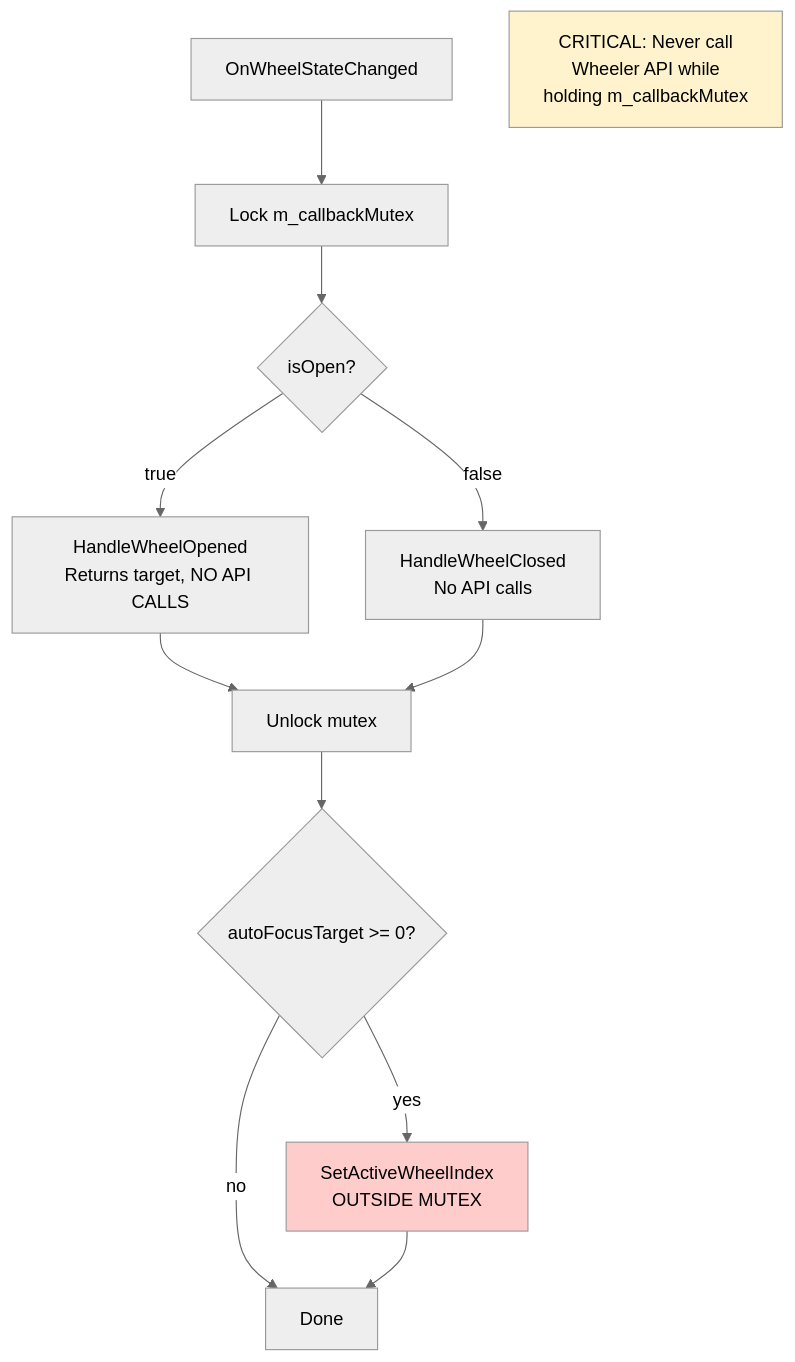
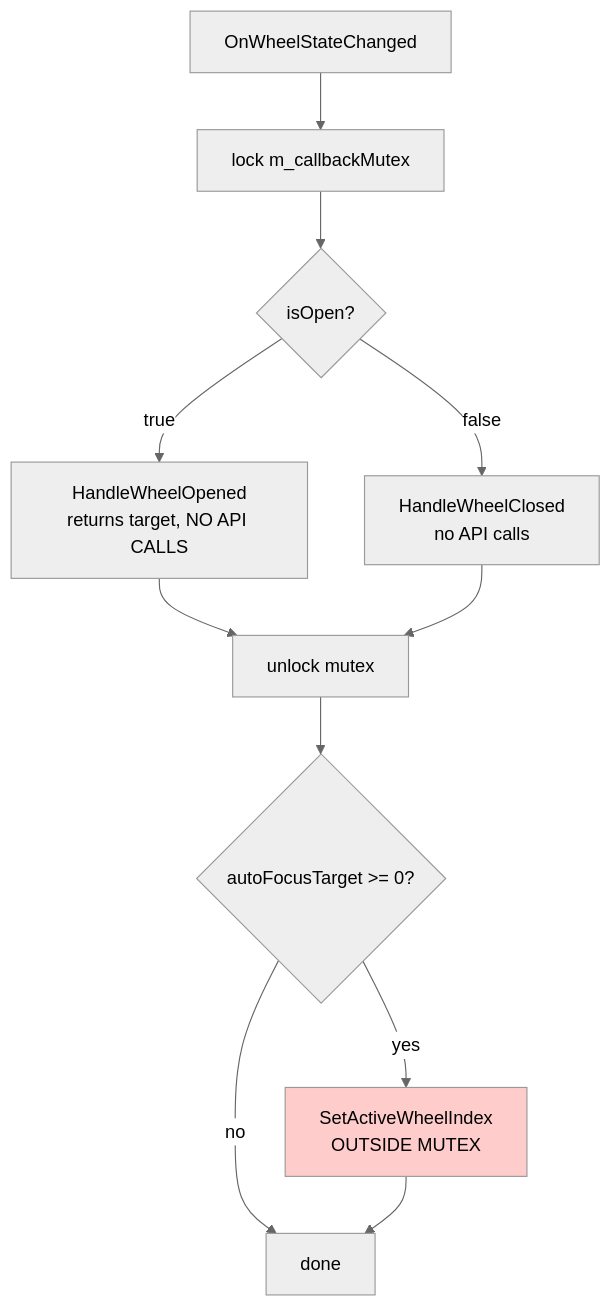
One commit to LandingCrew/huginn changed the seventh of 10 diagrams in docs/architecture/6-ui-ux.md. Above: the diagram before and after it, drawn with Mermaid (neutral theme). The commit also changed other lines of this file and 27 other files, not shown here.

````diff
--- a/docs/architecture/6-ui-ux.md
+++ b/docs/architecture/6-ui-ux.md
@@ -370,22 +765,19 @@
 ```mermaid
 graph TB
     Callback[OnWheelStateChanged]
-    Callback --> Lock[Lock m_callbackMutex]
+    Callback --> Lock[lock m_callbackMutex]
     Lock --> Handle{isOpen?}
 
-    Handle -->|true| Opened[HandleWheelOpened<br/>Returns target, NO API CALLS]
-    Handle -->|false| Closed[HandleWheelClosed<br/>No API calls]
+    Handle -->|true| Opened[HandleWheelOpened<br/>returns target, NO API CALLS]
+    Handle -->|false| Closed[HandleWheelClosed<br/>no API calls]
 
-    Opened --> Unlock[Unlock mutex]
+    Opened --> Unlock[unlock mutex]
     Closed --> Unlock
 
     Unlock --> CheckTarget{autoFocusTarget >= 0?}
     CheckTarget -->|yes| CallAPI[SetActiveWheelIndex<br/>OUTSIDE MUTEX]
-    CheckTarget -->|no| Done[Done]
+    CheckTarget -->|no| Done[done]
     CallAPI --> Done
 
     style CallAPI fill:#ffcccc
-    Note[CRITICAL: Never call<br/>Wheeler API while<br/>holding m_callbackMutex]
-
-    style Note fill:#fff3cd
 ```
````
